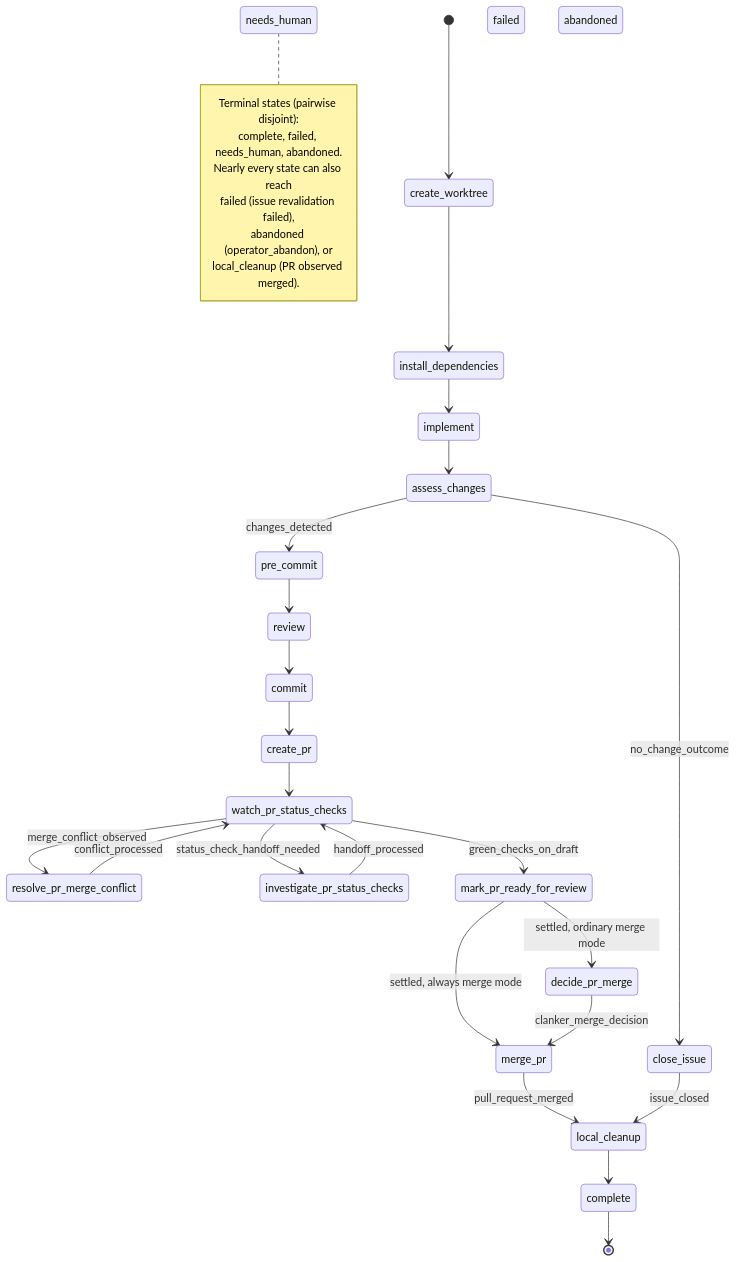
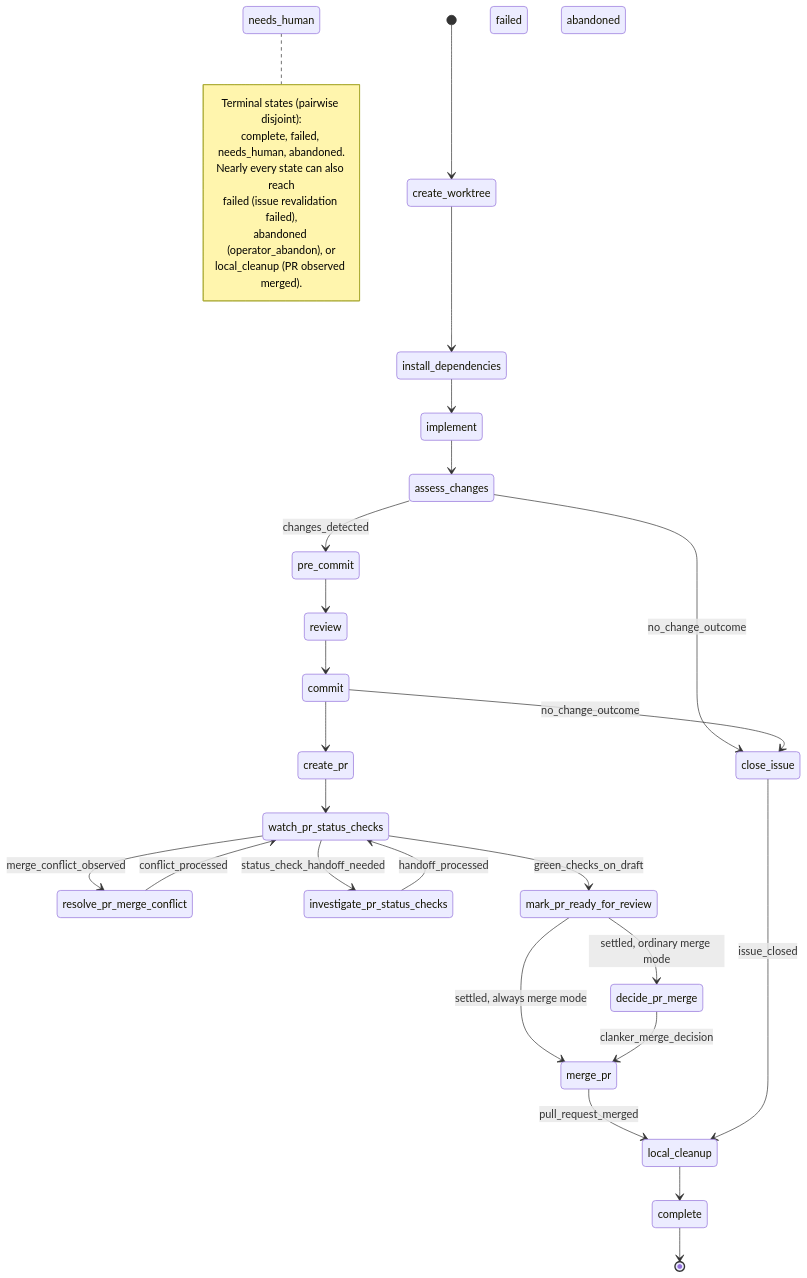
The third of 3 diagrams in ontology/README.md (berenddeboer/ready-for-agent), drawn with Mermaid before and after one commit. The commit also changed other lines of this file and 26 other files, not shown here.

````diff
--- a/ontology/README.md
+++ b/ontology/README.md
@@ -171,37 +171,38 @@
 ```mermaid
 stateDiagram-v2
   [*] --> create_worktree
   create_worktree --> install_dependencies
   install_dependencies --> implement
   implement --> assess_changes
   assess_changes --> pre_commit : changes_detected
   assess_changes --> close_issue : no_change_outcome
   pre_commit --> review
   review --> commit
   commit --> create_pr
+  commit --> close_issue : no_change_outcome
   create_pr --> watch_pr_status_checks
   watch_pr_status_checks --> resolve_pr_merge_conflict : merge_conflict_observed
   resolve_pr_merge_conflict --> watch_pr_status_checks : conflict_processed
   watch_pr_status_checks --> investigate_pr_status_checks : status_check_handoff_needed
   investigate_pr_status_checks --> watch_pr_status_checks : handoff_processed
   watch_pr_status_checks --> mark_pr_ready_for_review : green_checks_on_draft
   mark_pr_ready_for_review --> decide_pr_merge : settled, ordinary merge mode
   mark_pr_ready_for_review --> merge_pr : settled, always merge mode
   decide_pr_merge --> merge_pr : clanker_merge_decision
   merge_pr --> local_cleanup : pull_request_merged
   close_issue --> local_cleanup : issue_closed
   local_cleanup --> complete
   complete --> [*]
 
   state "needs_human" as nh
   state "failed" as f
   state "abandoned" as ab
   note right of nh
     Terminal states (pairwise disjoint):
     complete, failed, needs_human, abandoned.
     Nearly every state can also reach
     failed (issue revalidation failed),
     abandoned (operator_abandon), or
     local_cleanup (PR observed merged).
   end note
 ```
````
